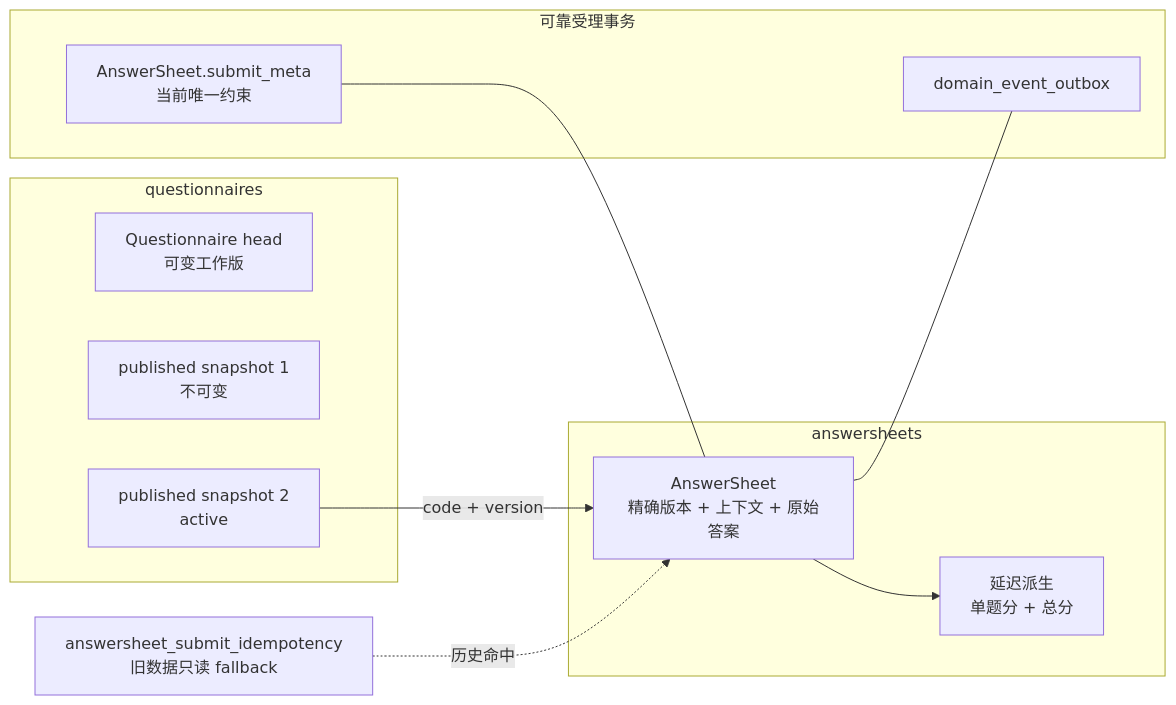
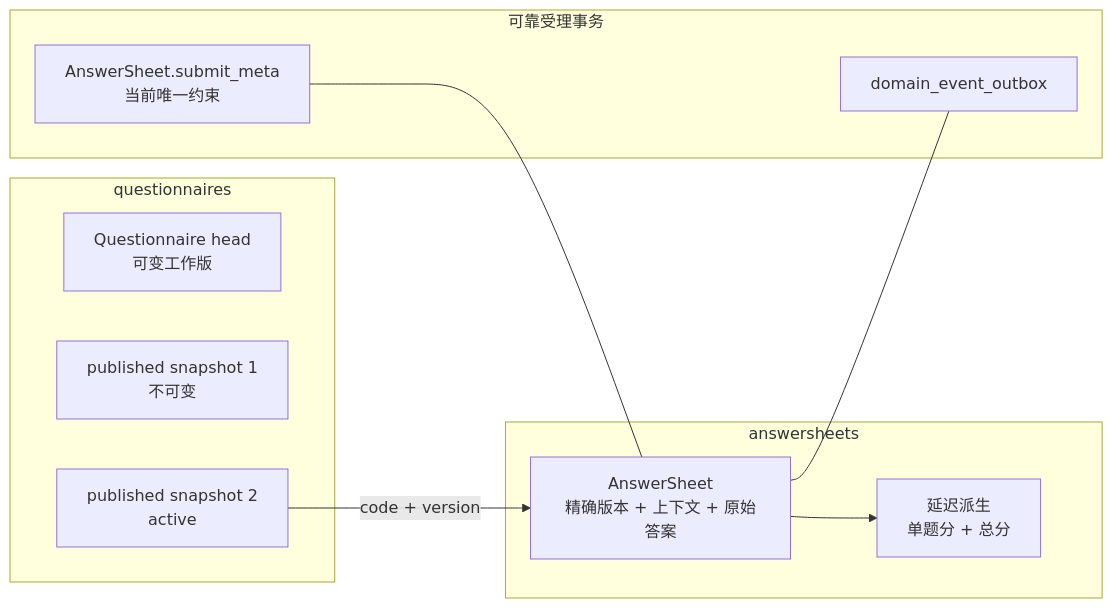
One commit to FangcunMount/qs-server changed the diagram in docs/02-业务模块/10-survey/22-核心设计-数据存储与一致性.md. Above: the diagram before and after it, drawn with Mermaid. The commit also changed other lines of this file and 50 other files, not shown here.

````diff
--- a/docs/02-业务模块/10-survey/22-核心设计-数据存储与一致性.md
+++ b/docs/02-业务模块/10-survey/22-核心设计-数据存储与一致性.md
@@ -17,26 +17,23 @@
 ```mermaid
 flowchart LR
     subgraph QCOLL["questionnaires"]
         QH["Questionnaire head\n可变工作版"]
         QS1["published snapshot 1\n不可变"]
         QS2["published snapshot 2\nactive"]
     end
 
     subgraph ACOLL["answersheets"]
         AS["AnswerSheet\n精确版本 + 上下文 + 原始答案"]
         SCORE["延迟派生\n单题分 + 总分"]
     end
 
     subgraph TCOLL["可靠受理事务"]
         IDEM["AnswerSheet.submit_meta\n当前唯一约束"]
         OUTBOX["domain_event_outbox"]
     end
 
-    LEGACY["answersheet_submit_idempotency\n旧数据只读 fallback"]
-
-    QS2 -->|"code + version"| AS
+	QS2 -->|"code + version"| AS
     AS --> SCORE
     IDEM --- AS
     AS --- OUTBOX
-    LEGACY -.历史命中.-> AS
 ```
````
